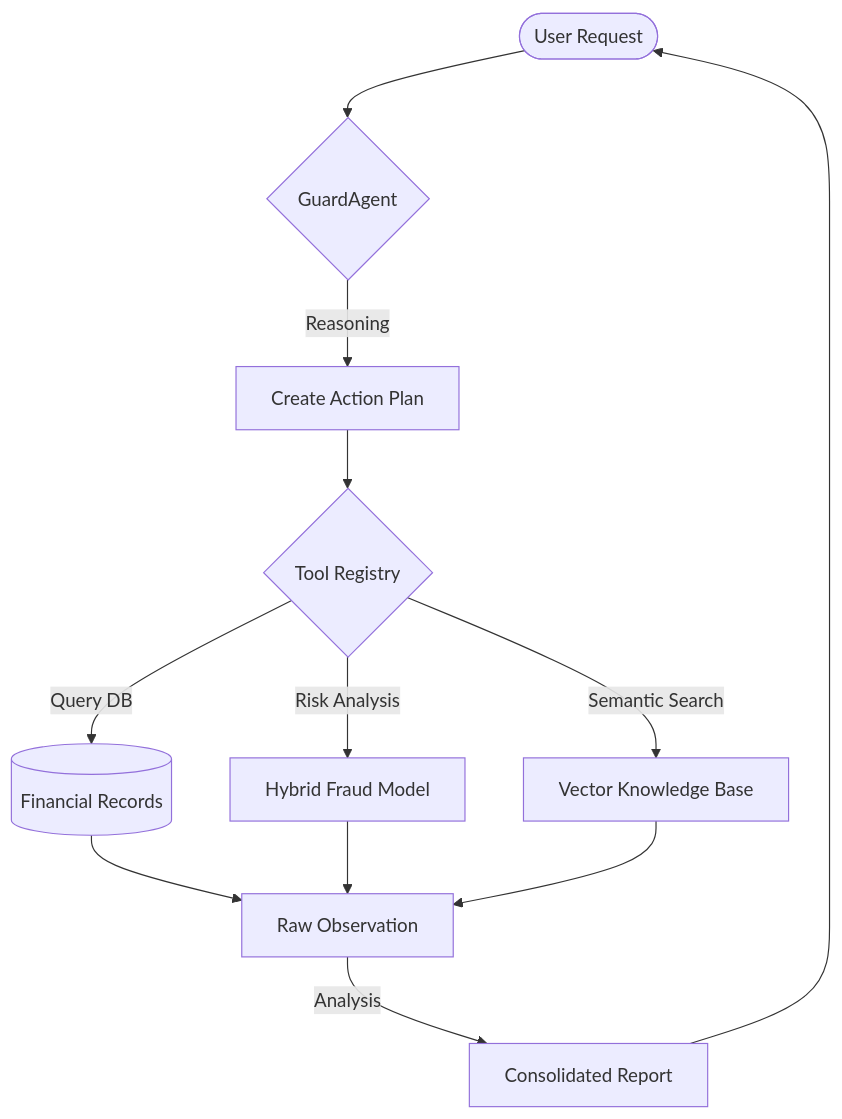
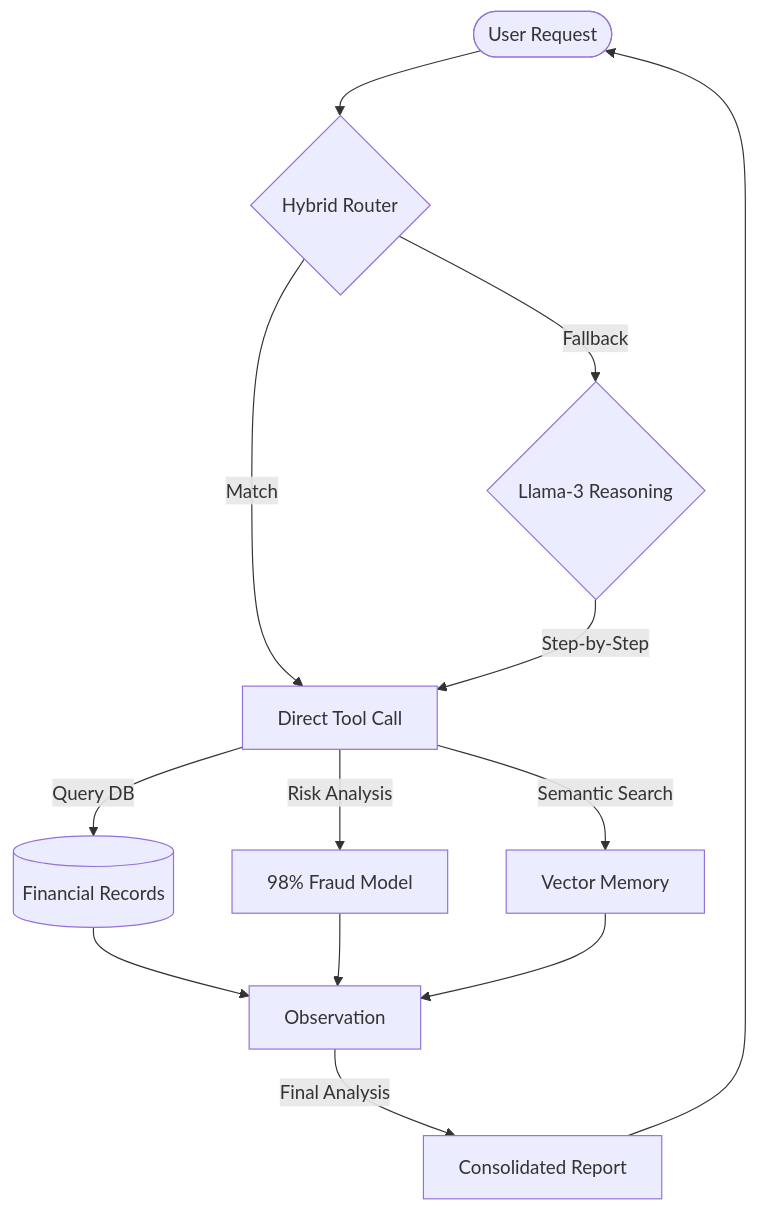
The first of 2 diagrams in README.md (ladkrutarth/Veriscan-Cortex), drawn with Mermaid before and after one commit. The commit also changed other lines of this file, not shown here.

````diff
--- a/README.md
+++ b/README.md
@@ -81,14 +60,15 @@
 ```mermaid
 graph TD
-    User([User Request]) --> Brain{GuardAgent}
-    Brain -->|Reasoning| Plan[Create Action Plan]
-    Plan --> Tools{Tool Registry}
-    Tools --> |Query DB| SQL[(Financial Records)]
-    Tools --> |Risk Analysis| ML[Hybrid Fraud Model]
-    Tools --> |Semantic Search| RAG[Vector Knowledge Base]
-    SQL --> Results[Raw Observation]
+    User([User Request]) --> Router{Hybrid Router}
+    Router -->|Match| Tool[Direct Tool Call]
+    Router -->|Fallback| Brain{Llama-3 Reasoning}
+    Brain -->|Step-by-Step| Tool
+    Tool -->|Query DB| SQL[(Financial Records)]
+    Tool -->|Risk Analysis| ML[98% Fraud Model]
+    Tool -->|Semantic Search| RAG[Vector Memory]
+    SQL --> Results[Observation]
     ML --> Results
     RAG --> Results
-    Results -->|Analysis| Final[Consolidated Report]
+    Results -->|Final Analysis| Final[Consolidated Report]
     Final --> User
 ```
````
